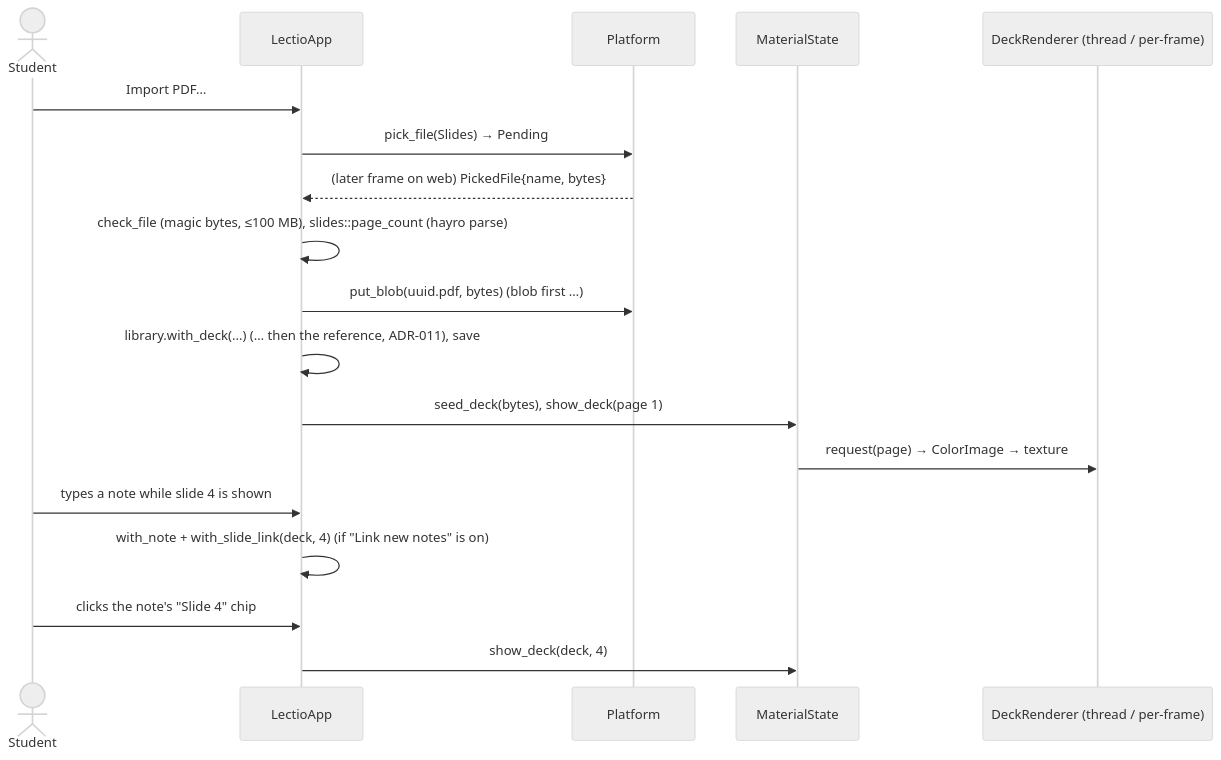
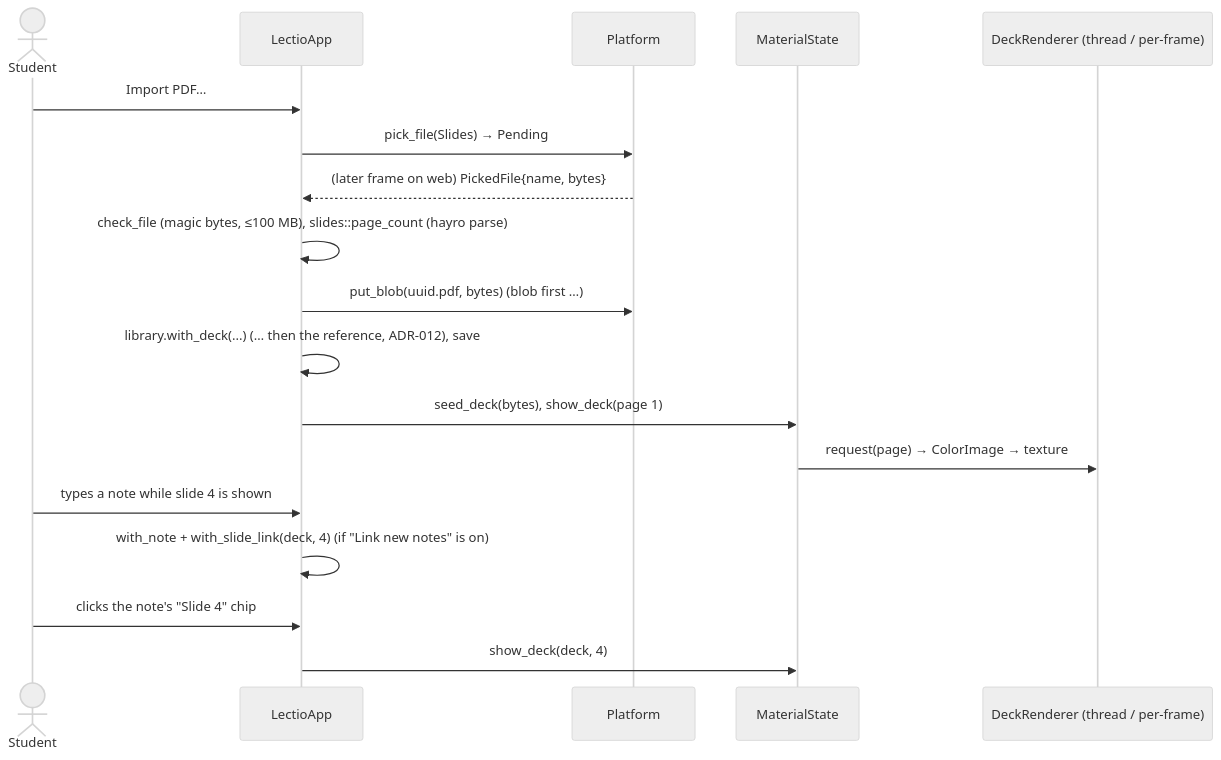
Before and after one commit to mehmetefeozdemir/lectio: the third of 11 diagrams in docs/ARCHITECTURE.md, drawn with Mermaid (neutral theme). The commit also changed other lines of this file and 95 other files, not shown here.

````diff
--- a/docs/ARCHITECTURE.md
+++ b/docs/ARCHITECTURE.md
@@ -186,20 +208,20 @@
 ```mermaid
 sequenceDiagram
   actor S as Student
   participant App as LectioApp
   participant P as Platform
   participant M as MaterialState
   participant R as DeckRenderer (thread / per-frame)
   S->>App: Import PDF…
   App->>P: pick_file(Slides) → Pending
   P-->>App: (later frame on web) PickedFile{name, bytes}
   App->>App: check_file (magic bytes, ≤100 MB), slides::page_count (hayro parse)
   App->>P: put_blob(uuid.pdf, bytes)   (blob first …)
-  App->>App: library.with_deck(...)     (… then the reference, ADR-011), save
+  App->>App: library.with_deck(...)     (… then the reference, ADR-012), save
   App->>M: seed_deck(bytes), show_deck(page 1)
   M->>R: request(page) → ColorImage → texture
   S->>App: types a note while slide 4 is shown
   App->>App: with_note + with_slide_link(deck, 4)  (if "Link new notes" is on)
   S->>App: clicks the note's "Slide 4" chip
   App->>M: show_deck(deck, 4)
 ```
````
